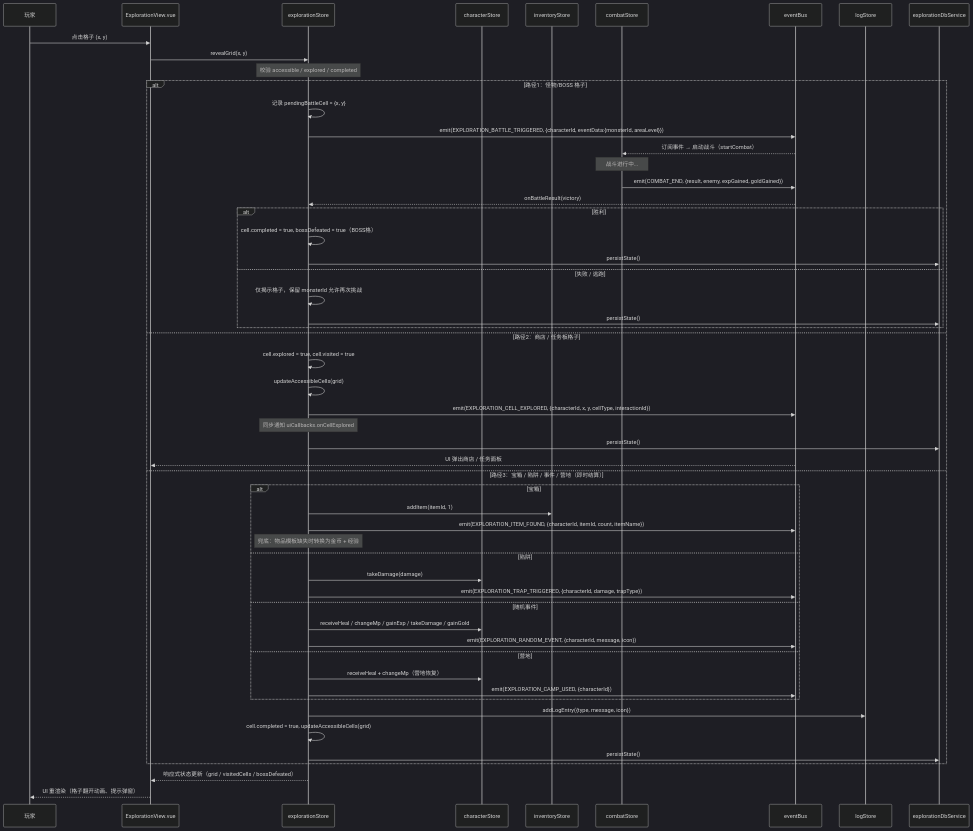
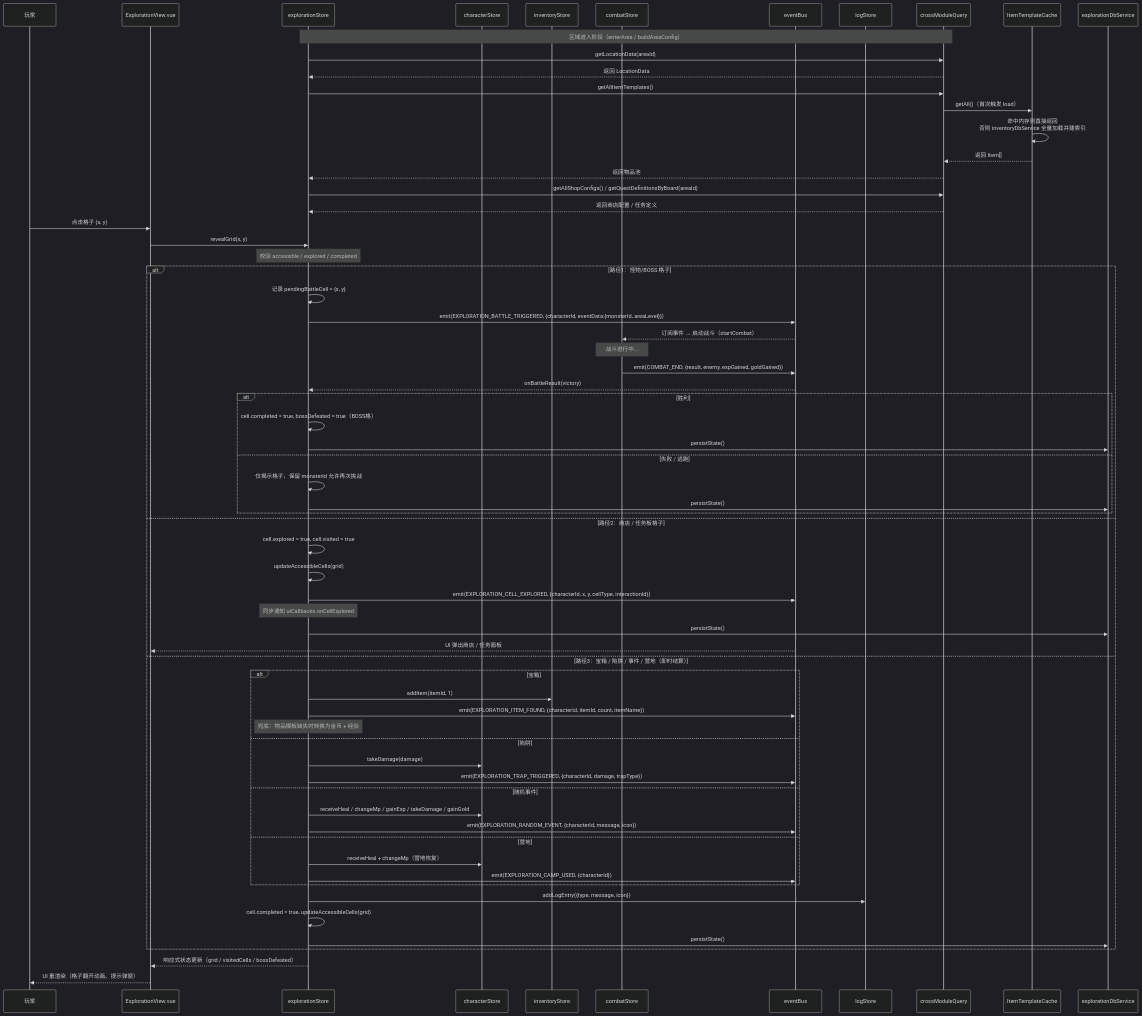
One commit to SonDemigods/wow_dnd changed the third of 16 diagrams in doc/project/DATA_FLOW.md. Above: the diagram before and after it, drawn with Mermaid (dark theme). The commit also changed other lines of this file and 5 other files, not shown here.

````diff
--- a/doc/project/DATA_FLOW.md
+++ b/doc/project/DATA_FLOW.md
@@ -112,60 +146,73 @@
 ```mermaid
 sequenceDiagram
     %% 探索翻格子流程：三条路径分支
     participant U as 玩家
     participant V as ExplorationView.vue
     participant ES as explorationStore
     participant CharS as characterStore
     participant InvS as inventoryStore
     participant CS as combatStore
     participant Bus as eventBus
     participant LS as logStore
+    participant CMQ as crossModuleQuery
+    participant Cache as ItemTemplateCache
     participant DB as explorationDbService
+
+    Note over ES,CMQ: 区域进入阶段（enterArea / buildAreaConfig）
+    ES->>CMQ: getLocationData(areaId)
+    CMQ-->>ES: 返回 LocationData
+    ES->>CMQ: getAllItemTemplates()
+    CMQ->>Cache: getAll()（首次触发 load）
+    Cache->>Cache: 命中内存则直接返回<br/>否则 inventoryDbService 全量加载并建索引
+    Cache-->>CMQ: 返回 Item[]
+    CMQ-->>ES: 返回物品池
+    ES->>CMQ: getAllShopConfigs() / getQuestDefinitionsByBoard(areaId)
+    CMQ-->>ES: 返回商店配置 / 任务定义
 
     U->>V: 点击格子 (x, y)
     V->>ES: revealGrid(x, y)
     Note over ES: 校验 accessible / explored / completed
 
     alt 路径1：怪物/BOSS 格子
         ES->>ES: 记录 pendingBattleCell = {x, y}
         ES->>Bus: emit(EXPLORATION_BATTLE_TRIGGERED, {characterId, eventData:{monsterId, areaLevel}})
         Bus-->>CS: 订阅事件 → 启动战斗（startCombat）
         Note over CS: 战斗进行中...
         CS->>Bus: emit(COMBAT_END, {result, enemy, expGained, goldGained})
         Bus-->>ES: onBattleResult(victory)
         alt 胜利
             ES->>ES: cell.completed = true, bossDefeated = true（BOSS格）
             ES->>DB: persistState()
         else 失败 / 逃跑
             ES->>ES: 仅揭示格子，保留 monsterId 允许再次挑战
             ES->>DB: persistState()
         end
     else 路径2：商店 / 任务板格子
         ES->>ES: cell.explored = true, cell.visited = true
         ES->>ES: updateAccessibleCells(grid)
         ES->>Bus: emit(EXPLORATION_CELL_EXPLORED, {characterId, x, y, cellType, interactionId})
         Note over ES: 同步通知 uiCallbacks.onCellExplored
         ES->>DB: persistState()
         Bus-->>V: UI 弹出商店 / 任务面板
     else 路径3：宝箱 / 陷阱 / 事件 / 营地（即时结算）
         alt 宝箱
             ES->>InvS: addItem(itemId, 1)
             ES->>Bus: emit(EXPLORATION_ITEM_FOUND, {characterId, itemId, count, itemName})
             Note over ES: 兜底：物品模板缺失时转换为金币 + 经验
         else 陷阱
             ES->>CharS: takeDamage(damage)
             ES->>Bus: emit(EXPLORATION_TRAP_TRIGGERED, {characterId, damage, trapType})
         else 随机事件
             ES->>CharS: receiveHeal / changeMp / gainExp / takeDamage / gainGold
             ES->>Bus: emit(EXPLORATION_RANDOM_EVENT, {characterId, message, icon})
         else 营地
             ES->>CharS: receiveHeal + changeMp（营地恢复）
             ES->>Bus: emit(EXPLORATION_CAMP_USED, {characterId})
         end
         ES->>LS: addLogEntry({type, message, icon})
         ES->>ES: cell.completed = true, updateAccessibleCells(grid)
         ES->>DB: persistState()
     end
     ES-->>V: 响应式状态更新（grid / visitedCells / bossDefeated）
     V-->>U: UI 重渲染（格子翻开动画、提示弹窗）
 ```
````
